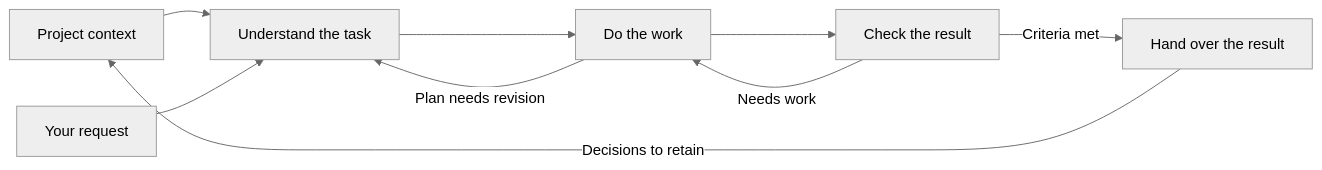
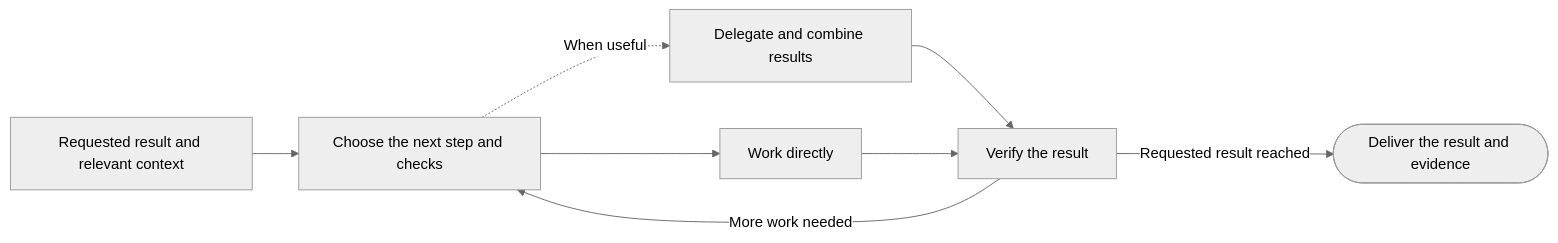
The diagram in README.md (Rckov/contour), drawn with Mermaid (neutral theme) before and after one commit. The commit also changed other lines of this file and 1 other file, not shown here.

````diff
--- a/README.md
+++ b/README.md
@@ -20,11 +20,10 @@
 ```mermaid
 flowchart LR
-    P["Project context"] --> B["Understand the task"]
-    Q["Your request"] --> B
-    B --> A["Do the work"]
-    A --> C["Check the result"]
-    C -->|Needs work| A
-    A -->|Plan needs revision| B
-    C -->|Criteria met| H["Hand over the result"]
-    H -->|Decisions to retain| P
+    A["Requested result and relevant context"] --> B["Choose the next step and checks"]
+    B --> C["Work directly"]
+    B -.->|When useful| S["Delegate and combine results"]
+    S --> D
+    C --> D["Verify the result"]
+    D -->|More work needed| B
+    D -->|Requested result reached| E(["Deliver the result and evidence"])
 ```
````
